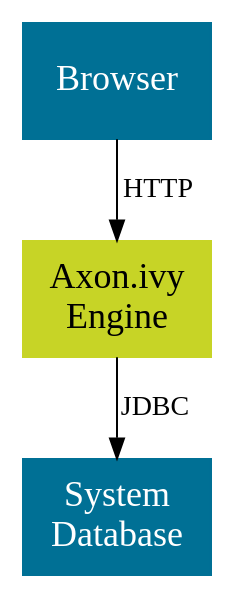
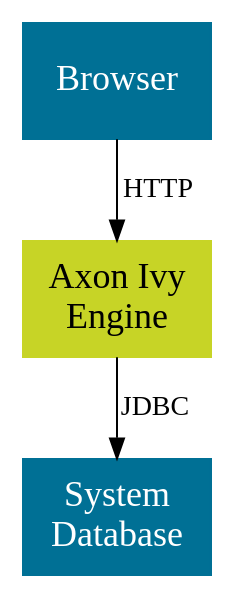
The diagram in source/engine-guide/getting-started/overview.dot (bernhardAxonIvy/doc), drawn with Graphviz before and after one commit. The commit also changed 162 other files, not shown here.

Commit message:
XIVY-5540 Rebrand javadoc, doc and techdoc with Axon Ivy

```diff
--- a/source/engine-guide/getting-started/overview.dot
+++ b/source/engine-guide/getting-started/overview.dot
@@ -1,19 +1,19 @@
 
 digraph overview {
   node [
     shape=box, 
     style=filled,
     margin=0 width=2 height=0.8
     fontcolor="white",    
     color="#007095",
     fixedsize=true,
     fontsize=18
   ];
 
   browser [ label="Browser", pos = "0,2.5!", width="1.3" height="0.8"];
-  engine [label="Axon.ivy\nEngine", pos="3,2.5!", height="0.8", width="1.3", color="#C7D426", fontcolor="black"];
+  engine [label="Axon Ivy\nEngine", pos="3,2.5!", height="0.8", width="1.3", color="#C7D426", fontcolor="black"];
   systemdb [ label="System\nDatabase", pos="6,2.5!" width="1.3" height="0.8"]
   
   browser -> engine [ label="HTTP"];
   engine -> systemdb [ label="JDBC" ];
 }
```
